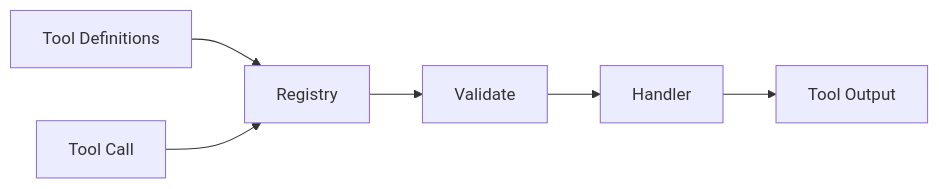
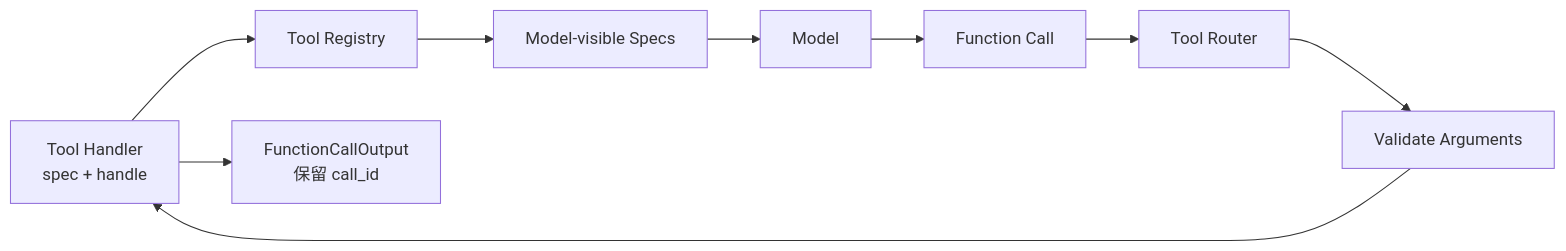
One commit to zz1403489227-crypto/learn-codex changed the diagram in s03_tool_registry/README.md. Above: the diagram before and after it, drawn with Mermaid. The commit also changed other lines of this file and 5 other files, not shown here.

Commit message:
feat(s03): add tool registry lesson

````diff
--- a/s03_tool_registry/README.md
+++ b/s03_tool_registry/README.md
@@ -3,6 +3,8 @@
 ```mermaid
 flowchart LR
-    D["Tool Definitions"] --> R["Registry"]
-    C["Tool Call"] --> R
-    R --> V["Validate"] --> H["Handler"] --> O["Tool Output"]
+    H["Tool Handler<br/>spec + handle"] --> R["Tool Registry"]
+    R --> S["Model-visible Specs"] --> M["Model"]
+    M --> C["Function Call"] --> RT["Tool Router"]
+    RT --> V["Validate Arguments"] --> H
+    H --> O["FunctionCallOutput<br/>保留 call_id"]
 ```
````
